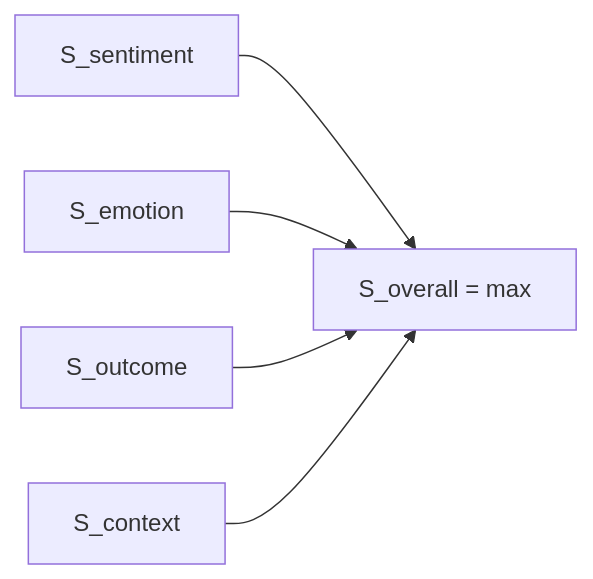
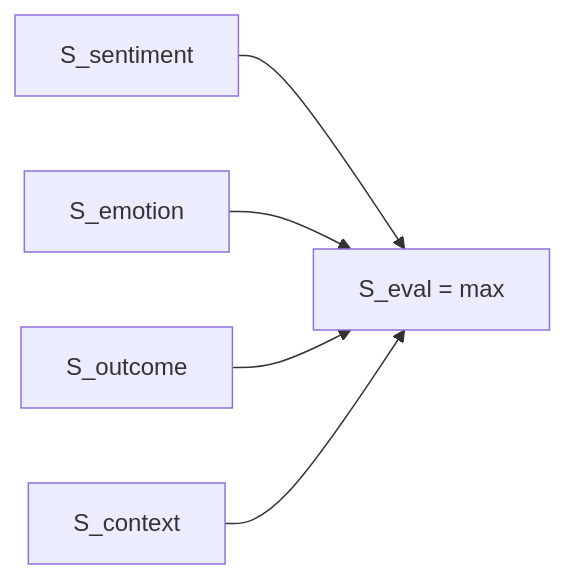
Before and after one commit to aacebo/loom: the fourth of 7 diagrams in docs/loom/scoring-algorithm.md, drawn with Mermaid. The commit also changed other lines of this file and 66 other files, not shown here.

````diff
--- a/docs/loom/scoring-algorithm.md
+++ b/docs/loom/scoring-algorithm.md
@@ -132,7 +131,7 @@
 ```mermaid
 flowchart LR
-    A[S_sentiment] --> E[S_overall = max]
+    A[S_sentiment] --> E[S_eval = max]
     B[S_emotion] --> E
     C[S_outcome] --> E
     D[S_context] --> E
 ```
````
